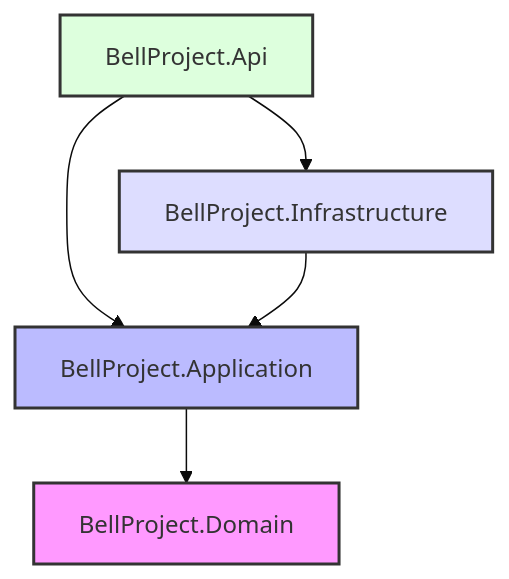
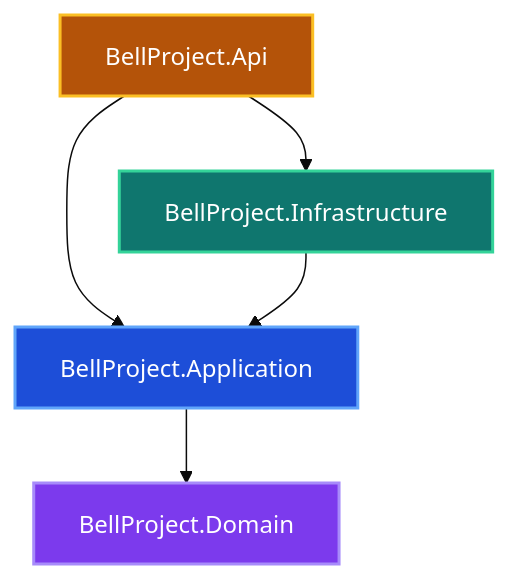
The first of 2 diagrams in README.md (akirap3/bell-project), drawn with Mermaid (base theme) before and after one commit.

Commit message:
style: update architecture diagram in README for improved clarity and visual consistency

````diff
--- a/README.md
+++ b/README.md
@@ -13,12 +13,12 @@
 ```mermaid
 graph TD
-    API[BellProject.Api] --> Application[BellProject.Application]
-    API --> Infrastructure[BellProject.Infrastructure]
+    API["BellProject.Api"] --> Application["BellProject.Application"]
+    API --> Infrastructure["BellProject.Infrastructure"]
     Infrastructure --> Application
-    Application --> Domain[BellProject.Domain]
-    
-    style Domain fill:#f9f,stroke:#333,stroke-width:2px
-    style Application fill:#bbf,stroke:#333,stroke-width:2px
-    style Infrastructure fill:#ddf,stroke:#333,stroke-width:2px
-    style API fill:#dfd,stroke:#333,stroke-width:2px
+    Application --> Domain["BellProject.Domain"]
+
+    style Domain       fill:#7c3aed,color:#ffffff,stroke:#a78bfa,stroke-width:2px
+    style Application  fill:#1d4ed8,color:#ffffff,stroke:#60a5fa,stroke-width:2px
+    style Infrastructure fill:#0f766e,color:#ffffff,stroke:#34d399,stroke-width:2px
+    style API          fill:#b45309,color:#ffffff,stroke:#fbbf24,stroke-width:2px
 ```
````
